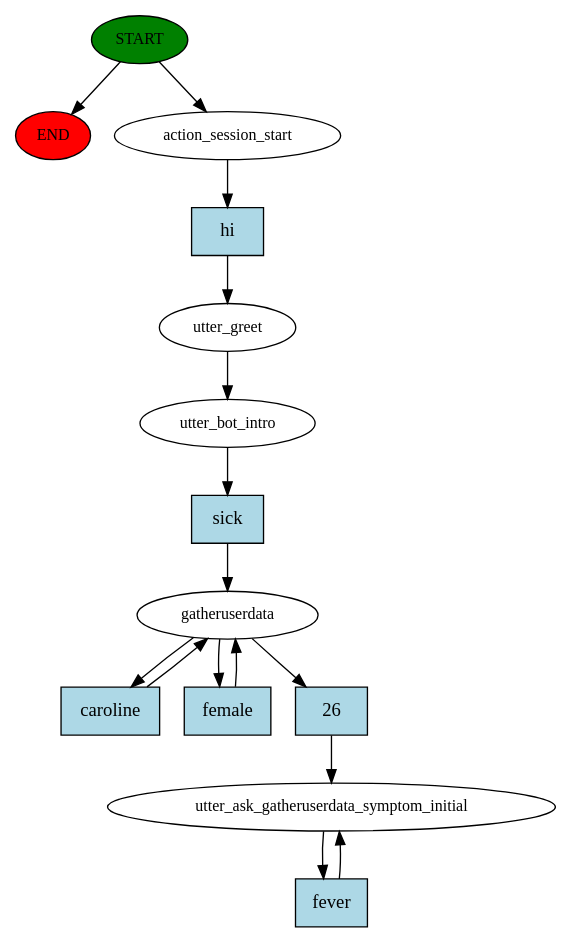
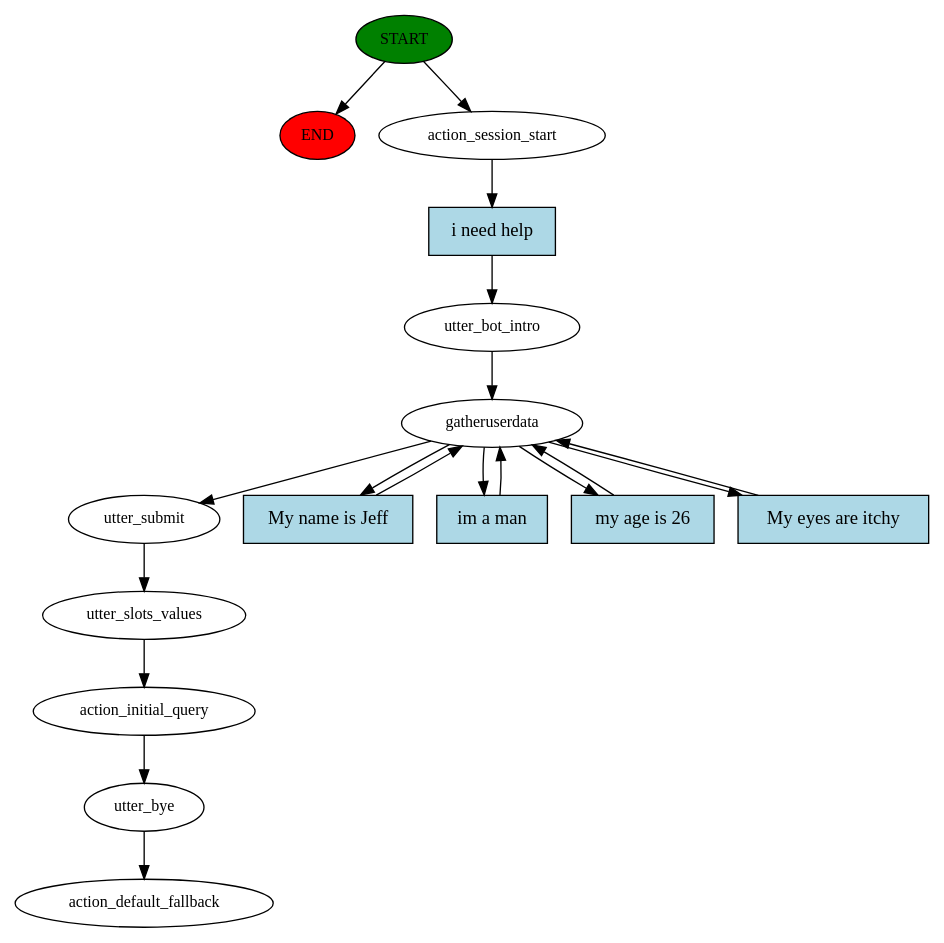
One commit to carolinebarra/HealthRasa_Bot changed the diagram in story_graph.dot. Above: the diagram before and after it, drawn with Graphviz. The commit also changed 5 other files, not shown here.

```diff
--- a/story_graph.dot
+++ b/story_graph.dot
@@ -1,30 +1,35 @@
 digraph  {
 0 [class="start active", fillcolor=green, fontsize=12, label=START, style=filled];
 "-1" [class=end, fillcolor=red, fontsize=12, label=END, style=filled];
 1 [class=active, fontsize=12, label=action_session_start];
-2 [class=active, fontsize=12, label=utter_greet];
-3 [class=active, fontsize=12, label=utter_bot_intro];
-4 [class=active, fontsize=12, label=gatheruserdata];
-7 [class="active dashed", fontsize=12, label=utter_ask_gatheruserdata_symptom_initial];
-9 [class="intent active", fillcolor=lightblue, label=hi, shape=rect, style=filled];
-10 [class="intent active", fillcolor=lightblue, label=sick, shape=rect, style=filled];
-11 [class="intent active", fillcolor=lightblue, label=caroline, shape=rect, style=filled];
-12 [class="intent active", fillcolor=lightblue, label=female, shape=rect, style=filled];
-13 [class="intent active", fillcolor=lightblue, label=26, shape=rect, style=filled];
-14 [class="intent active", fillcolor=lightblue, label=fever, shape=rect, style=filled];
+2 [class=active, fontsize=12, label=utter_bot_intro];
+3 [class=active, fontsize=12, label=gatheruserdata];
+8 [class=active, fontsize=12, label=utter_submit];
+9 [class=active, fontsize=12, label=utter_slots_values];
+10 [class=active, fontsize=12, label=action_initial_query];
+11 [class=active, fontsize=12, label=utter_bye];
+12 [class="dashed active", fontsize=12, label=action_default_fallback];
+13 [class="intent active", fillcolor=lightblue, label="i need help", shape=rect, style=filled];
+14 [class="intent active", fillcolor=lightblue, label="My name is Jeff", shape=rect, style=filled];
+15 [class="intent active", fillcolor=lightblue, label="im a man", shape=rect, style=filled];
+16 [class="intent active", fillcolor=lightblue, label="my age is 26", shape=rect, style=filled];
+17 [class="intent active", fillcolor=lightblue, label="My eyes are itchy", shape=rect, style=filled];
 0 -> "-1"  [class="", key=NONE, label=""];
 0 -> 1  [class=active, key=NONE, label=""];
-1 -> 9  [class=active, key=0];
+1 -> 13  [class=active, key=0];
 2 -> 3  [class=active, key=NONE, label=""];
-3 -> 10  [class=active, key=0];
-4 -> 11  [class=active, key=0];
-4 -> 12  [class=active, key=0];
-4 -> 13  [class=active, key=0];
-7 -> 14  [class=active, key=0];
-9 -> 2  [class=active, key=0];
-10 -> 4  [class=active, key=0];
-11 -> 4  [class=active, key=0];
-12 -> 4  [class=active, key=0];
-13 -> 7  [class=active, key=0];
-14 -> 7  [class=active, key=0];
+3 -> 8  [class=active, key=NONE, label=""];
+3 -> 14  [class=active, key=0];
+3 -> 15  [class=active, key=0];
+3 -> 16  [class=active, key=0];
+3 -> 17  [class=active, key=0];
+8 -> 9  [class=active, key=NONE, label=""];
+9 -> 10  [class=active, key=NONE, label=""];
+10 -> 11  [class=active, key=NONE, label=""];
+11 -> 12  [class=active, key=NONE, label=""];
+13 -> 2  [class=active, key=0];
+14 -> 3  [class=active, key=0];
+15 -> 3  [class=active, key=0];
+16 -> 3  [class=active, key=0];
+17 -> 3  [class=active, key=0];
 }
```
